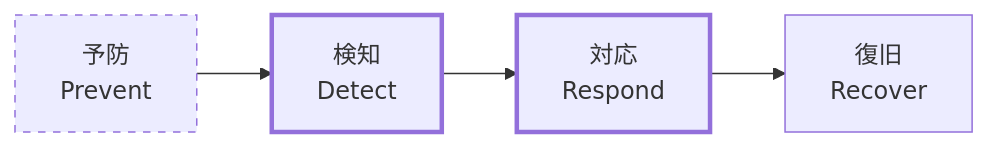
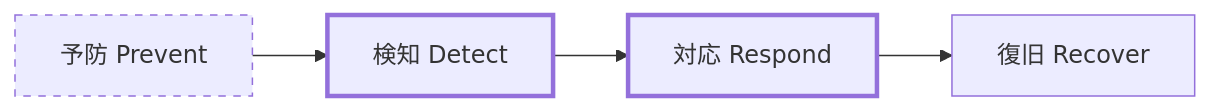
The diagram in topics/00_overview/04_threat-landscape.md (SomaTomita/sec-prep), drawn with Mermaid before and after one commit. The commit also changed other lines of this file and 5 other files, not shown here.

````diff
--- a/topics/00_overview/04_threat-landscape.md
+++ b/topics/00_overview/04_threat-landscape.md
@@ -63,7 +58,7 @@
 ```mermaid
 flowchart LR
-    P["予防<br/>Prevent"] --> D["検知<br/>Detect"] --> R["対応<br/>Respond"] --> Rec["復旧<br/>Recover"]
+    P["予防 Prevent"] --> D["検知 Detect"] --> R["対応 Respond"] --> Rec["復旧 Recover"]
     style P stroke-dasharray: 5 5
     style D stroke-width:3px
     style R stroke-width:3px
 ```
````
